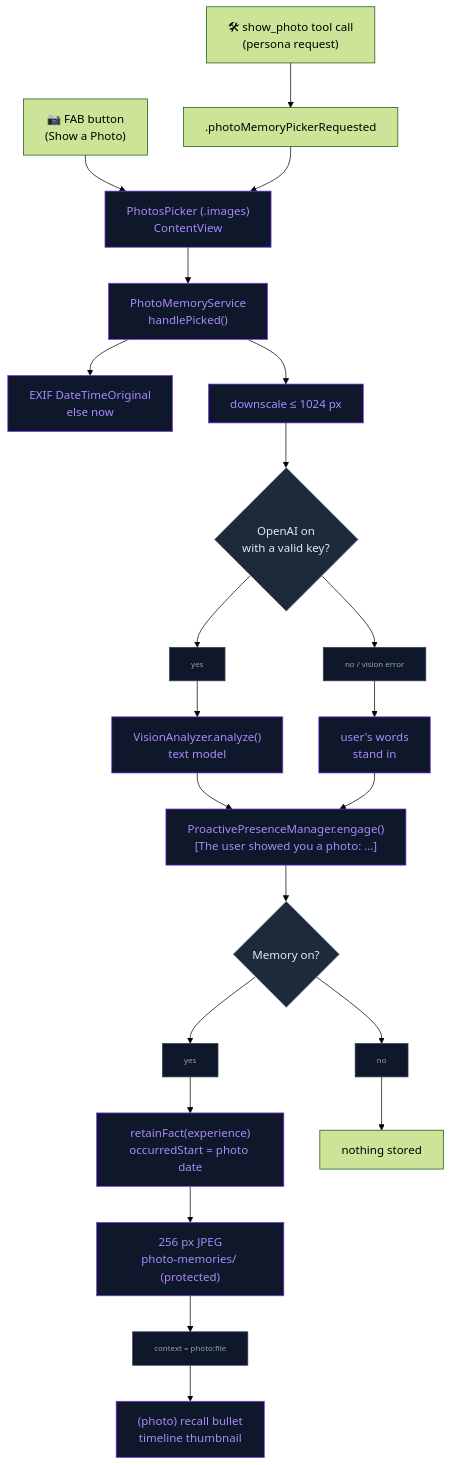
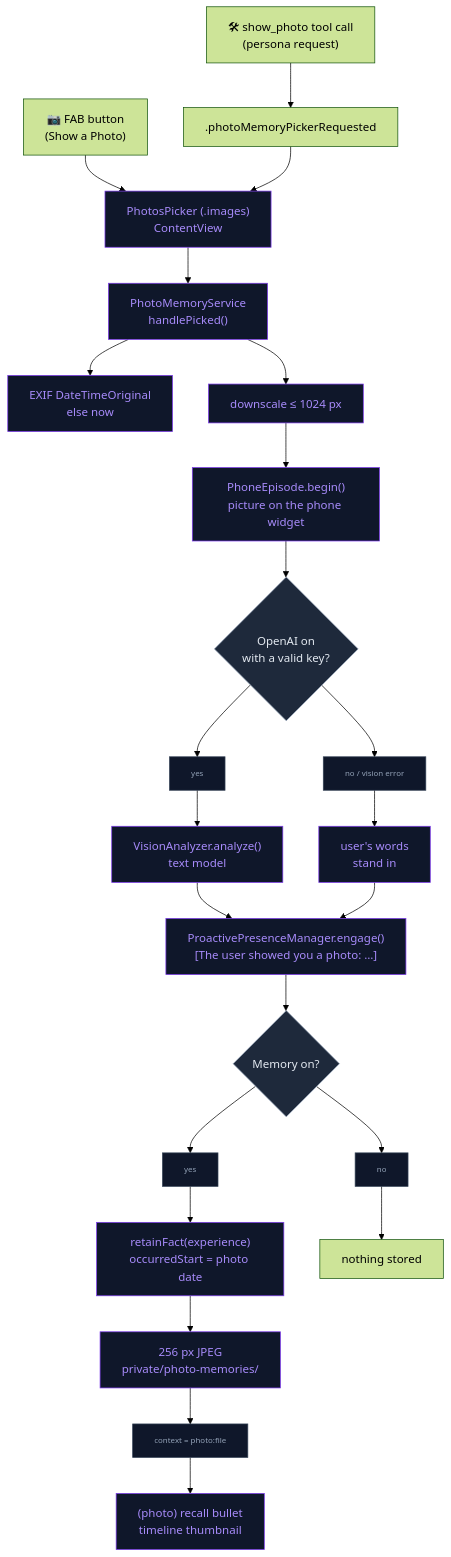
Before and after one commit to kevinliddel/NeuraLink: the second of 2 diagrams in docs/Companion/COMPANION_DEPTH.md, drawn with Mermaid (forest theme). The commit also changed other lines of this file and 21 other files, not shown here.

````diff
--- a/docs/Companion/COMPANION_DEPTH.md
+++ b/docs/Companion/COMPANION_DEPTH.md
@@ -133,32 +148,33 @@
 ```mermaid
 flowchart TD
     FAB["📷 FAB button<br/>(Show a Photo)"] --> PICK
     TOOL["🛠 show_photo tool call<br/>(persona request)"] --> NOTE[".photoMemoryPickerRequested"] --> PICK
 
     PICK["PhotosPicker (.images)<br/>ContentView"] --> HANDLE["PhotoMemoryService<br/>handlePicked()"]
     HANDLE --> DATE["EXIF DateTimeOriginal<br/>else now"]
-    HANDLE --> SCALE["downscale ≤ 1024 px"] --> KEY{"OpenAI on<br/>with a valid key?"}
+    HANDLE --> SCALE["downscale ≤ 1024 px"] --> PHONE["PhoneEpisode.begin()<br/>picture on the phone widget"]
+    PHONE --> KEY{"OpenAI on<br/>with a valid key?"}
 
     KEY --> D1["yes"] --> VIS["VisionAnalyzer.analyze()<br/>text model"]
     KEY --> D2["no / vision error"] --> WORDS["user's words<br/>stand in"]
 
     VIS --> REACT["ProactivePresenceManager.engage()<br/>[The user showed you a photo: …]"]
     WORDS --> REACT
 
     REACT --> MEM{"Memory on?"}
     MEM --> D3["yes"] --> FACT["retainFact(experience)<br/>occurredStart = photo date"]
-    FACT --> THUMB["256 px JPEG<br/>photo-memories/ (protected)"]
+    FACT --> THUMB["256 px JPEG<br/>private/photo-memories/"]
     THUMB --> D4["context = photo:file"] --> SURFACE["(photo) recall bullet<br/>timeline thumbnail"]
     MEM --> D5["no"] --> NONE["nothing stored"]
 
     %% Styles
     classDef core fill:#0f172a,stroke:#7c3aed,color:#a78bfa
     classDef decision fill:#1e293b,stroke:#94a3b8,color:#e2e8f0
 
-    class PICK,HANDLE,DATE,SCALE,VIS,WORDS,REACT,FACT,THUMB,SURFACE core
+    class PICK,HANDLE,DATE,SCALE,PHONE,VIS,WORDS,REACT,FACT,THUMB,SURFACE core
     class KEY,MEM decision
 
     %% Data nodes (consistent system-wide)
     classDef data fill:#0f172a,stroke:#334155,color:#94a3b8,font-size:11px
     class D1,D2,D3,D4,D5 data
 ```
````
